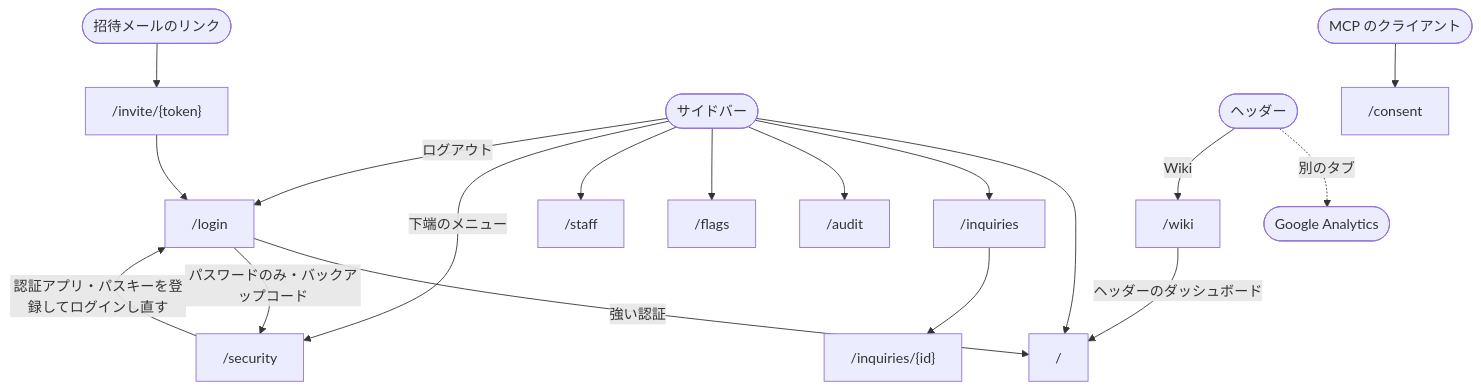
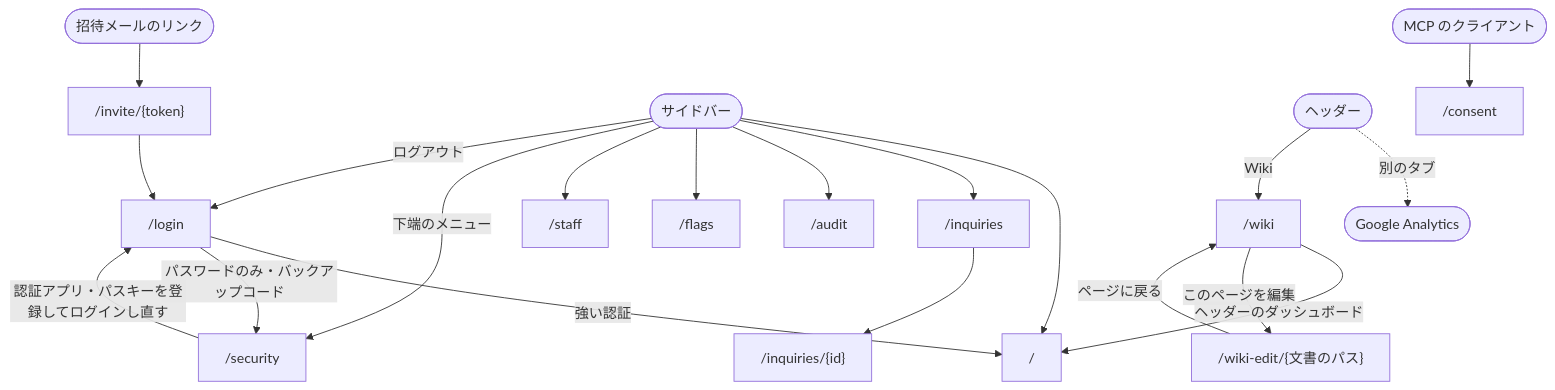
The diagram in apps/internal-dashboard/content/docs/pages/internal-dashboard-layout.md (masseater/typescript-template), drawn with Mermaid before and after one commit. The commit also changed other lines of this file and 68 other files, not shown here.

First line of the commit message:
feat: edit wiki pages as drafts with images from the dashboard

````diff
--- a/apps/internal-dashboard/content/docs/pages/internal-dashboard-layout.md
+++ b/apps/internal-dashboard/content/docs/pages/internal-dashboard-layout.md
@@ -61,20 +75,22 @@
 ```mermaid
 flowchart TD
   invite(["招待メールのリンク"]) --> accept["/invite/{token}"]
   accept --> login["/login"]
   login -- 強い認証 --> overview["/"]
   login -- "パスワードのみ・バックアップコード" --> security["/security"]
   security -- "認証アプリ・パスキーを登録してログインし直す" --> login
   side(["サイドバー"]) --> overview
   side --> inquiries["/inquiries"]
   side --> audit["/audit"]
   side --> flags["/flags"]
   side --> staff["/staff"]
   side -- 下端のメニュー --> security
   side -- ログアウト --> login
   inquiries --> inquiry["/inquiries/{id}"]
   header(["ヘッダー"]) -. 別のタブ .-> ga(["Google Analytics"])
   header -- Wiki --> wiki["/wiki"]
   wiki -- ヘッダーのダッシュボード --> overview
+  wiki -- このページを編集 --> edit["/wiki-edit/{文書のパス}"]
+  edit -- ページに戻る --> wiki
   mcp(["MCP のクライアント"]) --> consent["/consent"]
 ```
````
